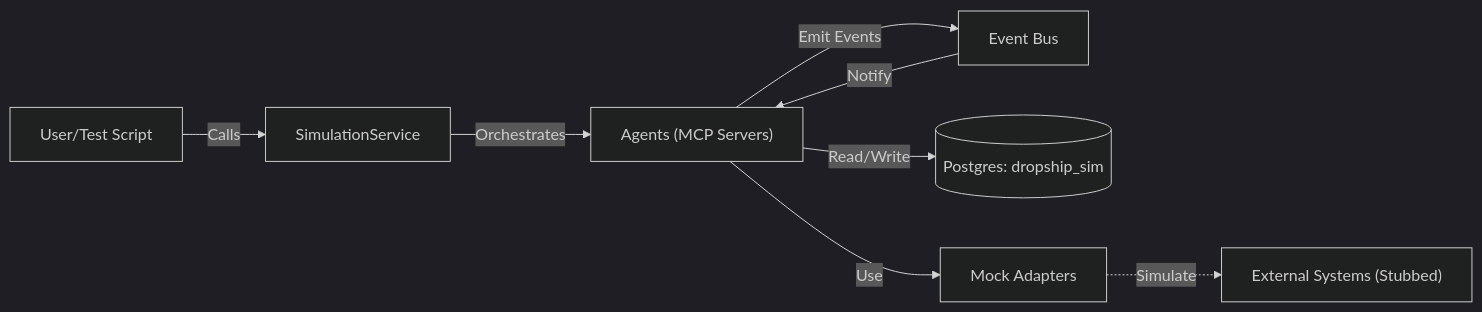
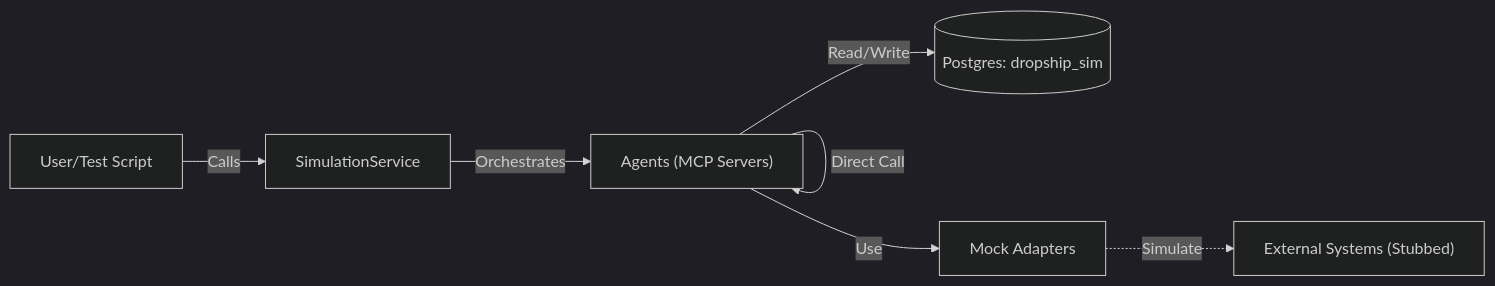
Before and after one commit to andylelli/ds1: the first of 2 diagrams in Documentation/Reference/ENVIRONMENT_SIMULATION_V_LIVE.md, drawn with Mermaid (dark theme). The commit also changed other lines of this file, not shown here.

````diff
--- a/Documentation/Reference/ENVIRONMENT_SIMULATION_V_LIVE.md
+++ b/Documentation/Reference/ENVIRONMENT_SIMULATION_V_LIVE.md
@@ -16,10 +16,9 @@
 ```mermaid
 flowchart LR
   User["User/Test Script"] -->|Calls| SimService[SimulationService]
   SimService -->|Orchestrates| Agents["Agents (MCP Servers)"]
-  Agents -->|Emit Events| EventBus["Event Bus"]
-  EventBus -->|Notify| Agents
+  Agents -->|Direct Call| Agents
   Agents -->|Read/Write| DB[("Postgres: dropship_sim")]
   Agents -->|Use| MockAdapters["Mock Adapters"]
   MockAdapters -.->|Simulate| External["External Systems (Stubbed)"]
 ```
````
